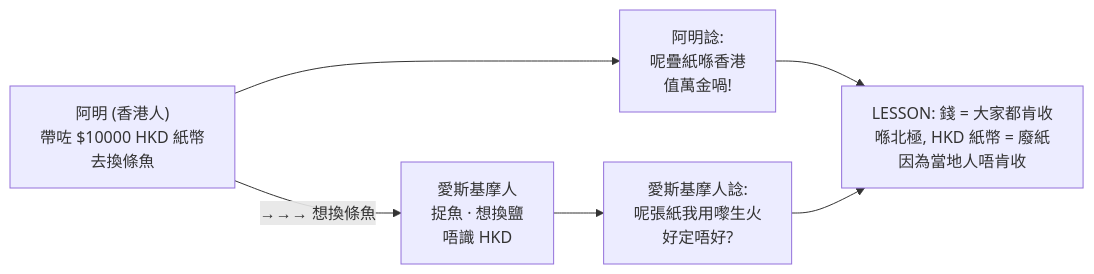
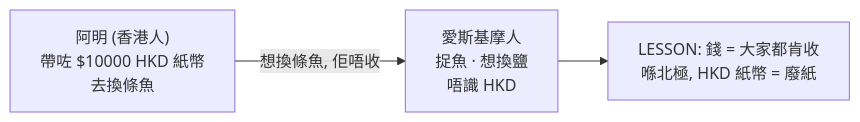
Before and after one commit to adamaiken89/course-content: the second of 5 diagrams in finance-basics-cantonese/modules/01-what-is-money/lesson.md, drawn with Mermaid. The commit also changed other lines of this file and 10 other files, not shown here.

````diff
--- a/finance-basics-cantonese/modules/01-what-is-money/lesson.md
+++ b/finance-basics-cantonese/modules/01-what-is-money/lesson.md
@@ -44,15 +44,8 @@
 ```mermaid
 flowchart LR
   AM["阿明 (香港人)<br/>帶咗 $10000 HKD 紙幣<br/>去換條魚"]
   ES["愛斯基摩人<br/>捉魚 · 想換鹽<br/>唔識 HKD"]
-  AM -->|→→→ 想換條魚| ES
-
-  AM_T["阿明諗:<br/>呢疊紙喺香港<br/>值萬金喎!"]
-  ES_T["愛斯基摩人諗:<br/>呢張紙我用嚟生火<br/>好定唔好?"]
-  AM --> AM_T
-  ES --> ES_T
-
-  Lesson["LESSON: 錢 = 大家都肯收<br/>喺北極, HKD 紙幣 = 廢紙<br/>因為當地人唔肯收"]
-  AM_T --> Lesson
-  ES_T --> Lesson
+  AM -->|"想換條魚, 佢唔收"| ES
+  Lesson["LESSON: 錢 = 大家都肯收<br/>喺北極, HKD 紙幣 = 廢紙"]
+  ES --> Lesson
 ```
````
